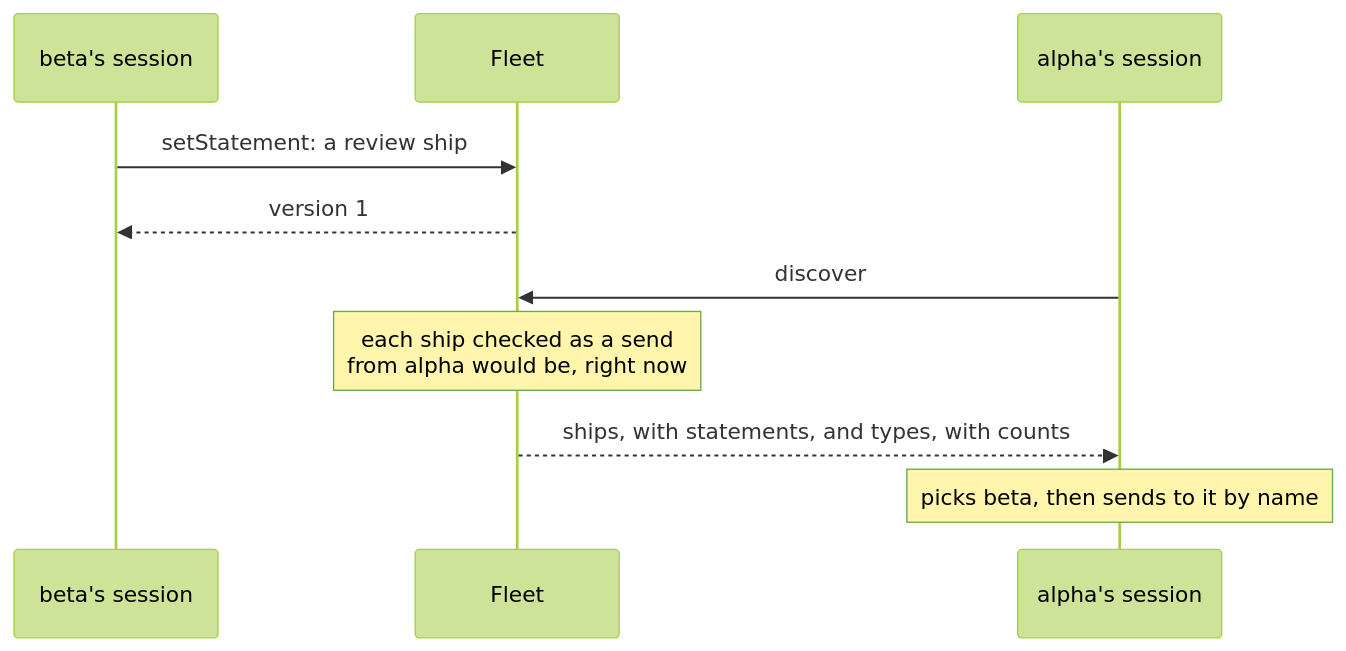
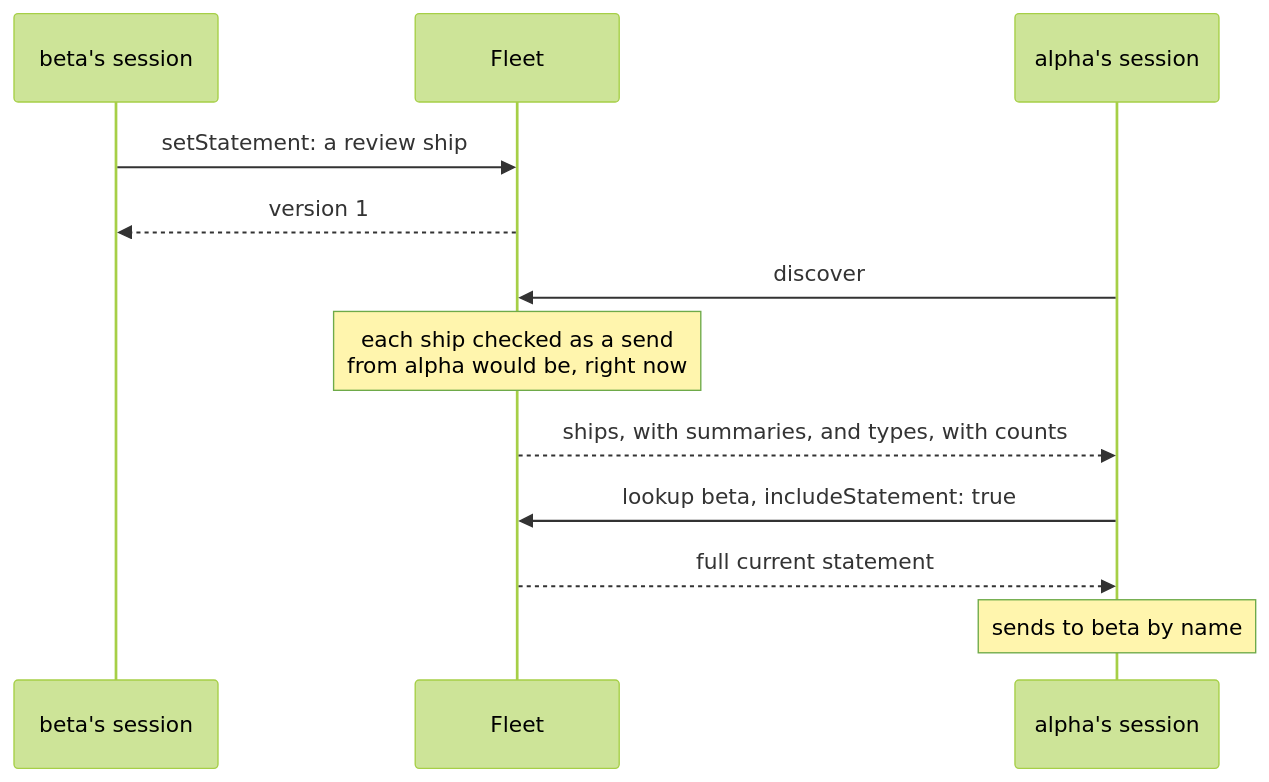
Before and after one commit to ThomasHendrickx/aeolus-fleet: the second of 2 diagrams in docs/guide/find-ships.md, drawn with Mermaid (forest theme). The commit also changed other lines of this file and 19 other files, not shown here.

Commit message:
feat(registry): discover summaries and look up full current statements

````diff
--- a/docs/guide/find-ships.md
+++ b/docs/guide/find-ships.md
@@ -58,12 +58,14 @@
 ```mermaid
 sequenceDiagram
     participant B as beta's session
     participant F as Fleet
     participant A as alpha's session
     B->>F: setStatement: a review ship
     F-->>B: version 1
     A->>F: discover
     Note over F: each ship checked as a send<br/>from alpha would be, right now
-    F-->>A: ships, with statements, and types, with counts
-    Note over A: picks beta, then sends to it by name
+    F-->>A: ships, with summaries, and types, with counts
+    A->>F: lookup beta, includeStatement: true
+    F-->>A: full current statement
+    Note over A: sends to beta by name
 ```
````
